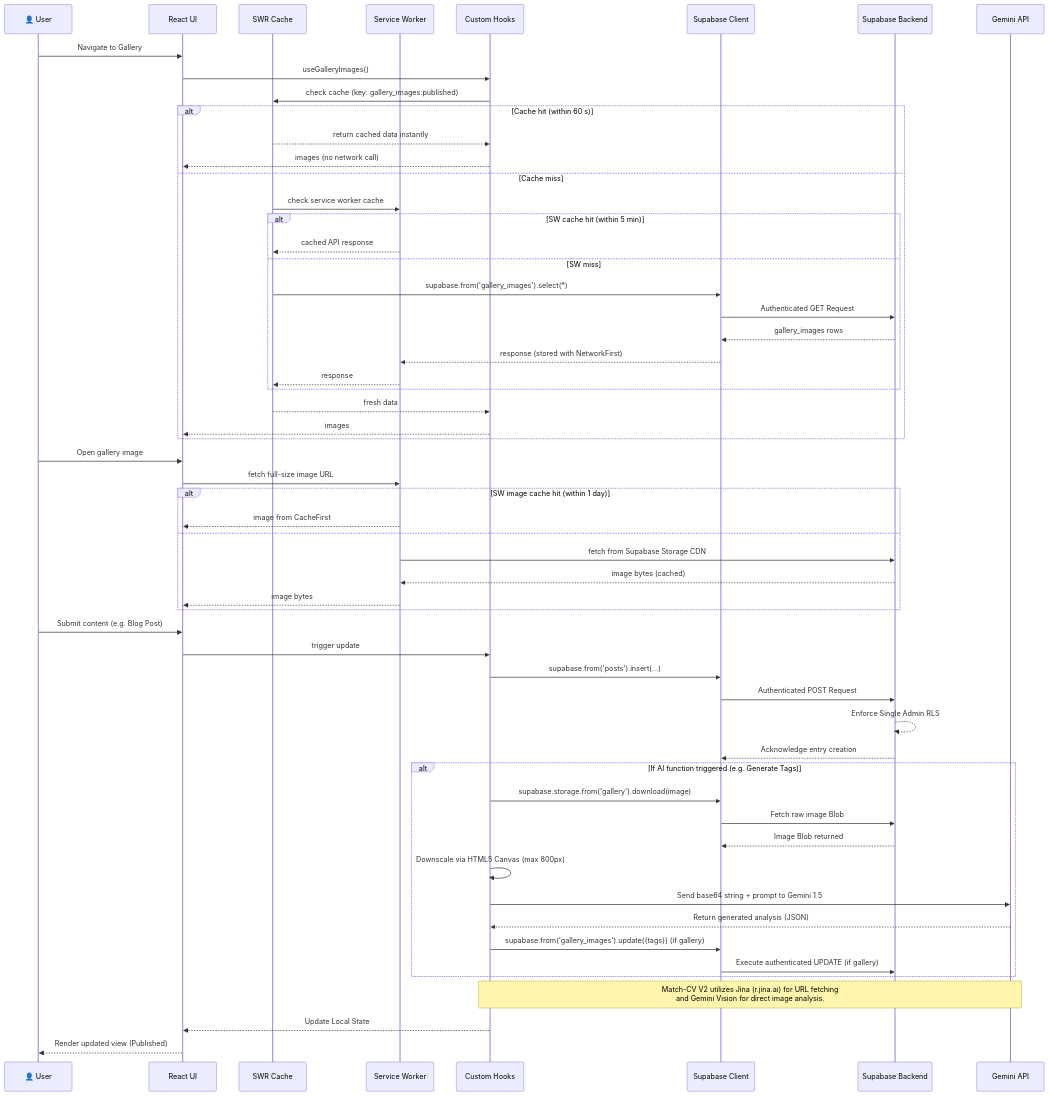
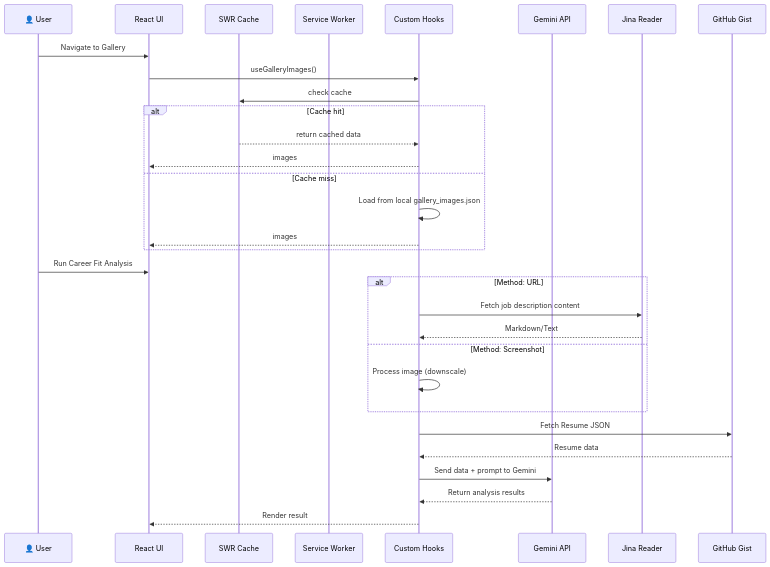
The second of 2 diagrams in documentation/ARCHITECTURE.md (nrajesh/dew-drops), drawn with Mermaid before and after one commit. The commit also changed other lines of this file and 16 other files, not shown here.

Commit message:
feat: complete supabase removal and fix CSP issues for Gemini, Mapbox, and GitHub

````diff
--- a/documentation/ARCHITECTURE.md
+++ b/documentation/ARCHITECTURE.md
@@ -85,65 +69,36 @@
 ```mermaid
 sequenceDiagram
     participant U as 👤 User
     participant UI as React UI
     participant SWR as SWR Cache
     participant SW as Service Worker
     participant Hook as Custom Hooks
-    participant SBC as Supabase Client
-    participant API as Supabase Backend
     participant AI as Gemini API
+    participant Jina as Jina Reader
+    participant Gist as GitHub Gist
 
     U->>UI: Navigate to Gallery
     UI->>Hook: useGalleryImages()
-    Hook->>SWR: check cache (key: gallery_images:published)
-    alt Cache hit (within 60 s)
-        SWR-->>Hook: return cached data instantly
-        Hook-->>UI: images (no network call)
+    Hook->>SWR: check cache
+    alt Cache hit
+        SWR-->>Hook: return cached data
+        Hook-->>UI: images
     else Cache miss
-        SWR->>SW: check service worker cache
-        alt SW cache hit (within 5 min)
-            SW-->>SWR: cached API response
-        else SW miss
-            SWR->>SBC: supabase.from('gallery_images').select(*)
-            SBC->>API: Authenticated GET Request
-            API-->>SBC: gallery_images rows
-            SBC-->>SW: response (stored with NetworkFirst)
-            SW-->>SWR: response
-        end
-        SWR-->>Hook: fresh data
+        Hook->>Hook: Load from local gallery_images.json
         Hook-->>UI: images
     end
 
-    U->>UI: Open gallery image
-    UI->>SW: fetch full-size image URL
-    alt SW image cache hit (within 1 day)
-        SW-->>UI: image from CacheFirst
-    else
-        SW->>API: fetch from Supabase Storage CDN
-        API-->>SW: image bytes (cached)
-        SW-->>UI: image bytes
+    U->>UI: Run Career Fit Analysis
+    alt Method: URL
+        Hook->>Jina: Fetch job description content
+        Jina-->>Hook: Markdown/Text
+    else Method: Screenshot
+        Hook->>Hook: Process image (downscale)
     end
-
-    U->>UI: Submit content (e.g. Blog Post)
-    UI->>Hook: trigger update
-    Hook->>SBC: supabase.from('posts').insert(...)
-    SBC->>API: Authenticated POST Request
-    API-->>API: Enforce Single Admin RLS
-    API-->>SBC: Acknowledge entry creation
     
-    alt If AI function triggered (e.g. Generate Tags)
-        Hook->>SBC: supabase.storage.from('gallery').download(image)
-        SBC->>API: Fetch raw image Blob
-        API-->>SBC: Image Blob returned
-        Hook->>Hook: Downscale via HTML5 Canvas (max 800px)
-        Hook->>AI: Send base64 string + prompt to Gemini 1.5
-        AI-->>Hook: Return generated analysis (JSON)
-        Hook->>SBC: supabase.from('gallery_images').update({tags}) (if gallery)
-        SBC->>API: Execute authenticated UPDATE (if gallery)
-    end
-
-    Note over Hook, AI: Match-CV V2 utilizes Jina (r.jina.ai) for URL fetching<br/>and Gemini Vision for direct image analysis.
-    
-    Hook-->>UI: Update Local State
-    UI-->>U: Render updated view (Published)
+    Hook->>Gist: Fetch Resume JSON
+    Gist-->>Hook: Resume data
+    Hook->>AI: Send data + prompt to Gemini
+    AI-->>Hook: Return analysis results
+    Hook-->>UI: Render result
 ```
````
